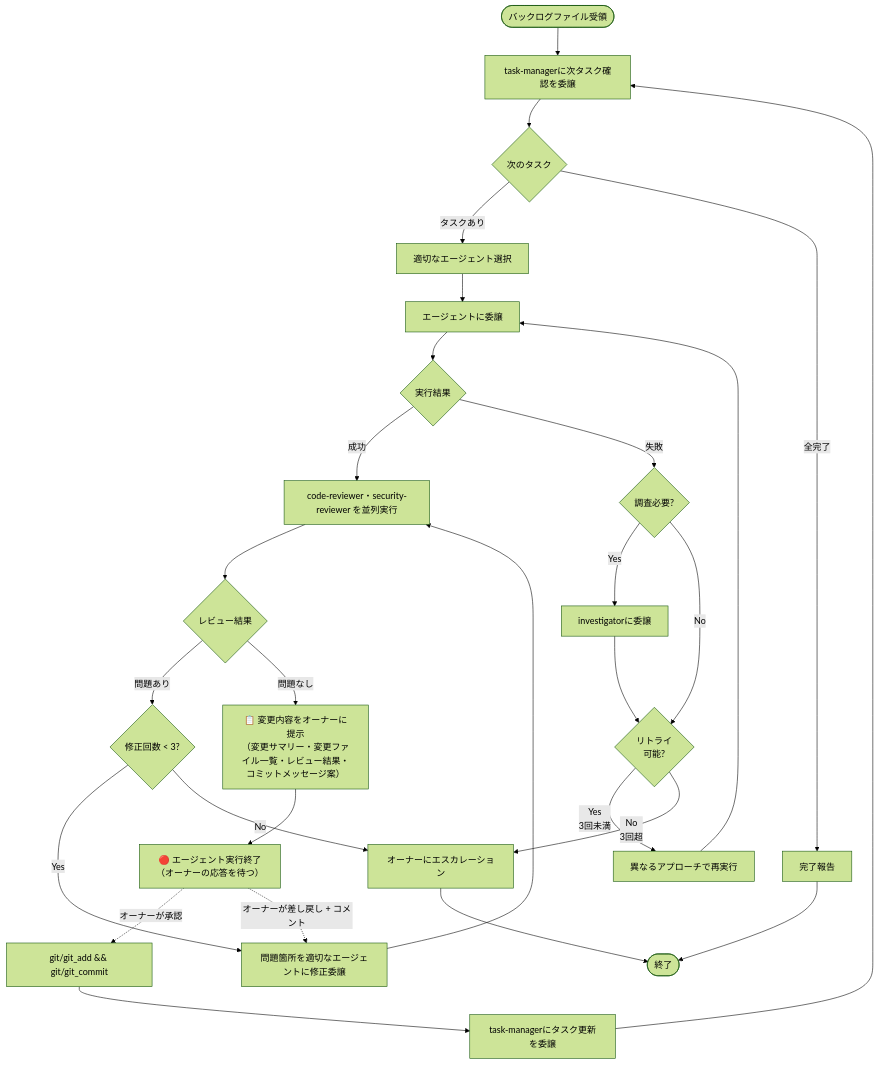
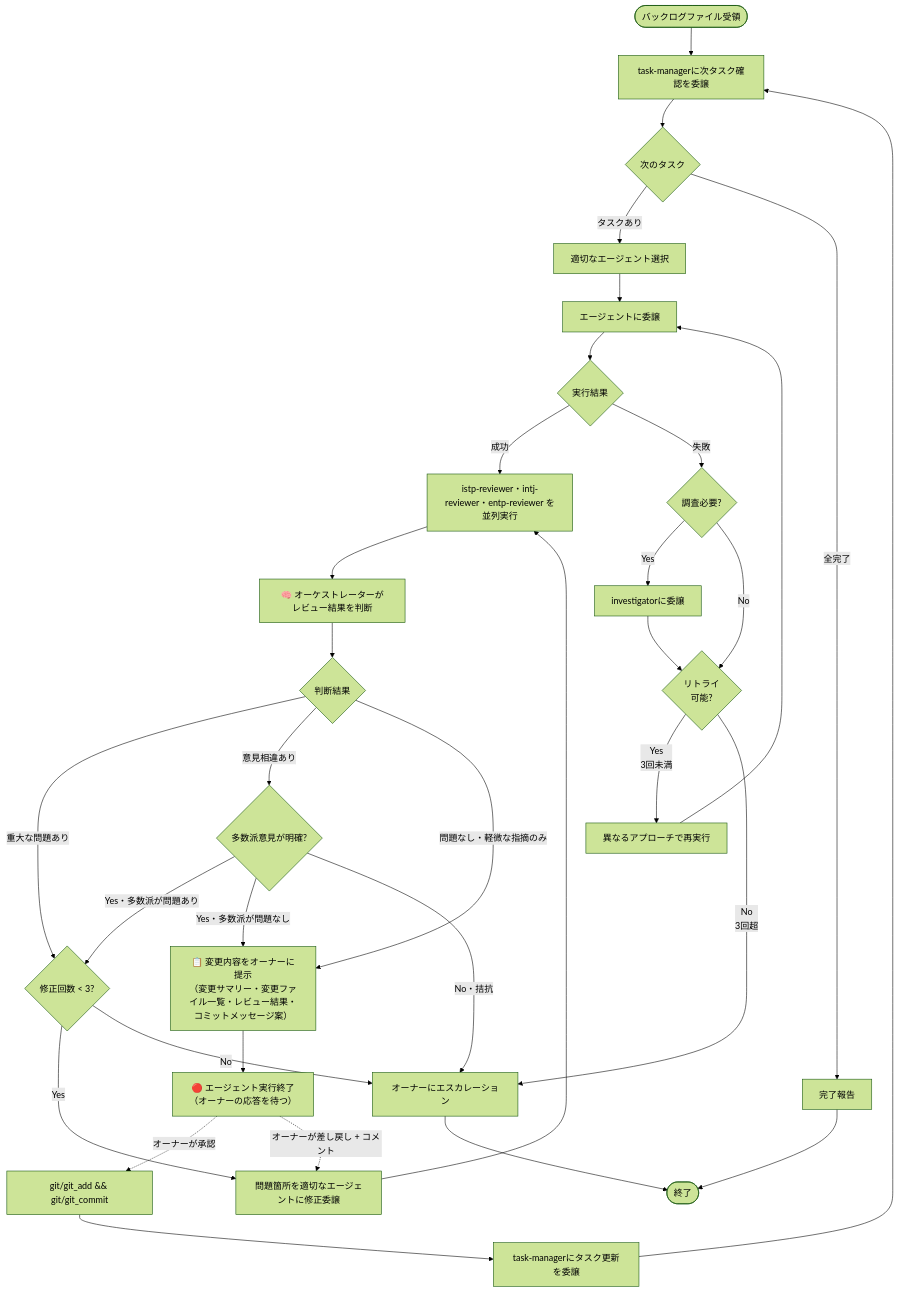
The diagram in nix/home/base/cli/copilot-cli/agents/orchestrator.agent.md (ichi-h/dotfiles), drawn with Mermaid (forest theme) before and after one commit. The commit also changed other lines of this file and 2 other files, not shown here.

First line of the commit message:
refactor(agents): replace code/security reviewers with personality-based reviewers

````diff
--- a/nix/home/base/cli/copilot-cli/agents/orchestrator.agent.md
+++ b/nix/home/base/cli/copilot-cli/agents/orchestrator.agent.md
@@ -36,36 +36,41 @@
 ```mermaid
 graph TB
     Start([バックログファイル受領]) --> AskTaskManager[task-managerに次タスク確認を委譲]
 
     AskTaskManager --> NextTask{次のタスク}
     NextTask -->|タスクあり| SelectAgent[適切なエージェント選択]
     NextTask -->|全完了| Report[完了報告]
 
     SelectAgent --> Execute[エージェントに委譲]
     Execute --> Success{実行結果}
 
-    Success -->|成功| ParallelReview["code-reviewer・security-reviewer を並列実行"]
-    ParallelReview --> ReviewResult{レビュー結果}
-    ReviewResult -->|問題あり| CheckRetry{修正回数 < 3?}
+    Success -->|成功| ParallelReview["istp-reviewer・intj-reviewer・entp-reviewer を並列実行"]
+    ParallelReview --> JudgeResult["🧠 オーケストレーターがレビュー結果を判断"]
+    JudgeResult --> ReviewResult{判断結果}
+    ReviewResult -->|重大な問題あり| CheckRetry{修正回数 < 3?}
+    ReviewResult -->|意見相違あり| DisagreementCheck{多数派意見が明確?}
+    DisagreementCheck -->|Yes・多数派が問題あり| CheckRetry
+    DisagreementCheck -->|Yes・多数派が問題なし| OwnerReport
+    DisagreementCheck -->|No・拮抗| Escalate
     CheckRetry -->|Yes| FixIssues[問題箇所を適切なエージェントに修正委譲]
     CheckRetry -->|No| Escalate
     FixIssues --> ParallelReview
-    ReviewResult -->|問題なし| OwnerReport["📋 変更内容をオーナーに提示\n（変更サマリー・変更ファイル一覧・レビュー結果・コミットメッセージ案）"]
+    ReviewResult -->|問題なし・軽微な指摘のみ| OwnerReport["📋 変更内容をオーナーに提示\n（変更サマリー・変更ファイル一覧・レビュー結果・コミットメッセージ案）"]
     OwnerReport --> EndRun["🔴 エージェント実行終了\n（オーナーの応答を待つ）"]
     EndRun -.->|オーナーが承認| Commit["git/git_add && git/git_commit"]
     EndRun -.->|オーナーが差し戻し + コメント| FixIssues
     Commit --> UpdateTask[task-managerにタスク更新を委譲]
     UpdateTask --> AskTaskManager
 
     Success -->|失敗| Investigate{調査必要?}
     Investigate -->|Yes| CallInvestigator[investigatorに委譲]
     CallInvestigator --> Retry{リトライ<br/>可能?}
     Investigate -->|No| Retry
 
     Retry -->|Yes<br/>3回未満| Replan[異なるアプローチで再実行]
     Replan --> Execute
     Retry -->|No<br/>3回超| Escalate[オーナーにエスカレーション]
 
     Report --> End([終了])
     Escalate --> End
 ```
````
